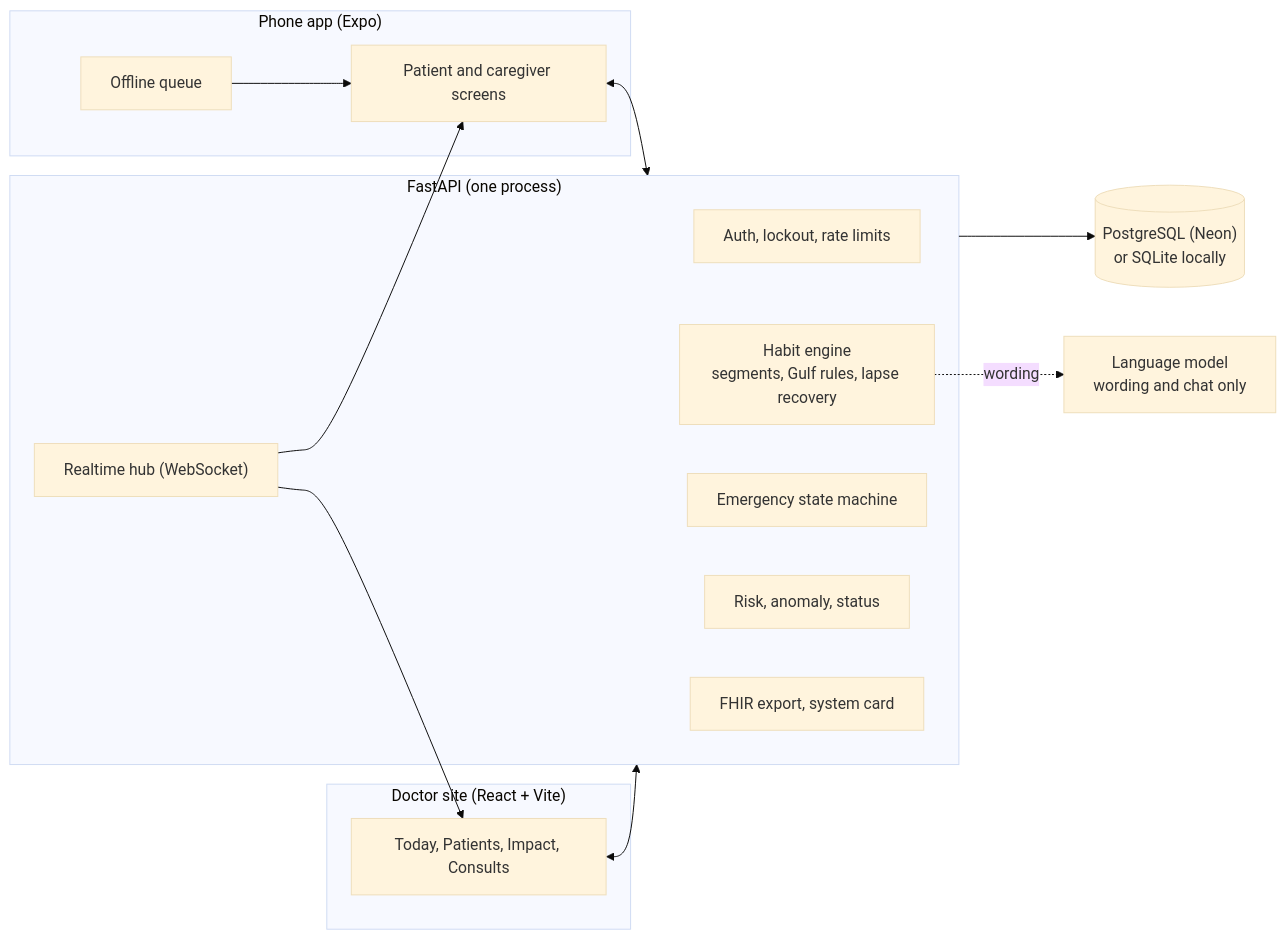
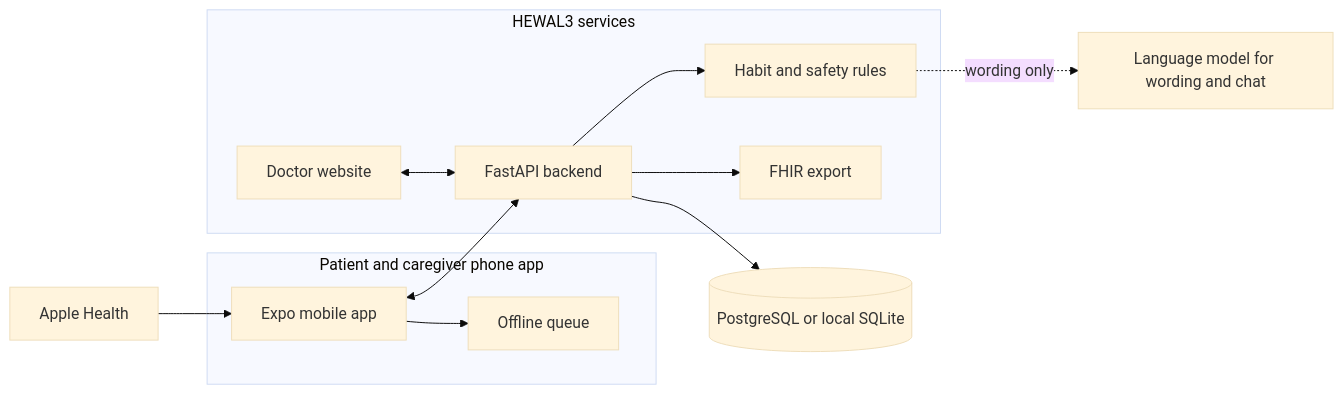
Before and after one commit to doanane/imaginehewal3-26-main: the diagram in README.md, drawn with Mermaid (base theme). The commit also changed other lines of this file and 1 other file, not shown here.

````diff
--- a/README.md
+++ b/README.md
@@ -119,27 +42,27 @@
 ```mermaid
 flowchart LR
-  subgraph Phone["Phone app (Expo)"]
-    P["Patient and caregiver screens"]
-    OFF["Offline queue"]
-  end
-  subgraph Web["Doctor site (React + Vite)"]
-    D["Today, Patients, Impact, Consults"]
-  end
-  subgraph API["FastAPI (one process)"]
-    AUTH["Auth, lockout, rate limits"]
-    HAB["Habit engine<br/>segments, Gulf rules, lapse recovery"]
-    EMG["Emergency state machine"]
-    RISK["Risk, anomaly, status"]
-    HUB["Realtime hub (WebSocket)"]
-    FHIR["FHIR export, system card"]
-  end
-  DB[("PostgreSQL (Neon)<br/>or SQLite locally")]
-  LLM["Language model<br/>wording and chat only"]
-  P <--> API
-  D <--> API
-  OFF --> P
-  API --> DB
-  HAB -. wording .-> LLM
-  HUB --> P
-  HUB --> D
+    subgraph Phone[Patient and caregiver phone app]
+        App[Expo mobile app]
+        Local[Offline queue]
+        App --> Local
+    end
+
+    subgraph Services[HEWAL3 services]
+        API[FastAPI backend]
+        Rules[Habit and safety rules]
+        Doctor[Doctor website]
+        FHIR[FHIR export]
+    end
+
+    Data[(PostgreSQL or local SQLite)]
+    Language[Language model for wording and chat]
+    Health[Apple Health]
+
+    App <--> API
+    Doctor <--> API
+    API --> Rules
+    API --> Data
+    Rules -. wording only .-> Language
+    Health --> App
+    API --> FHIR
 ```
````
